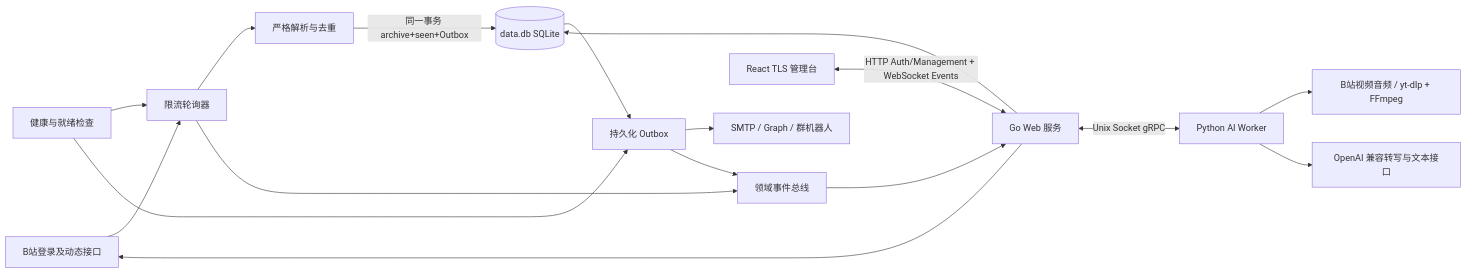
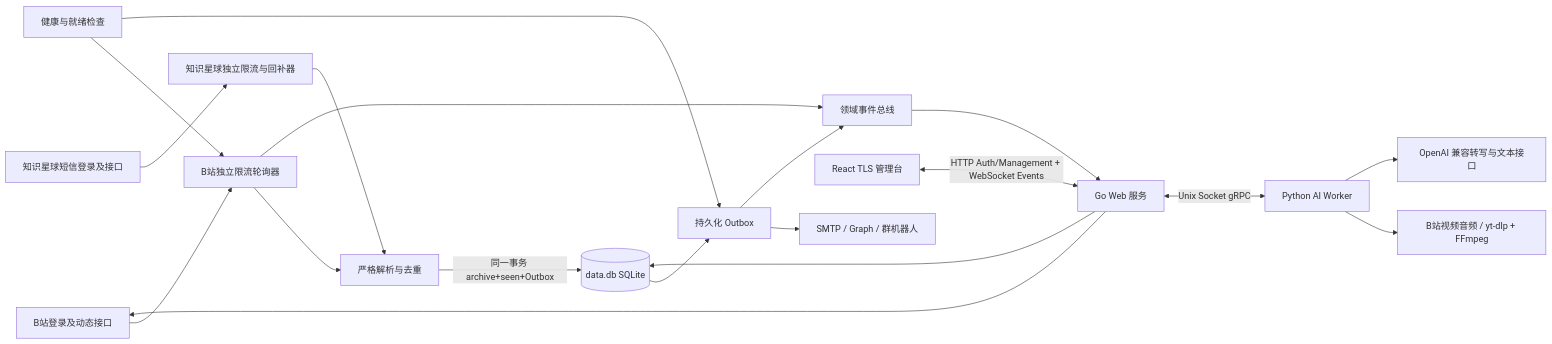
The diagram in docs/requirements-and-design.md (linxin2429/bili_notify), drawn with Mermaid before and after one commit. The commit also changed other lines of this file and 106 other files, not shown here.

````diff
--- a/docs/requirements-and-design.md
+++ b/docs/requirements-and-design.md
@@ -21,19 +21,21 @@
 ```mermaid
 flowchart LR
-    B[B站登录及动态接口] --> C[限流轮询器]
+    B[B站登录及动态接口] --> C[B站独立限流轮询器]
+    Z[知识星球短信登录及接口] --> Q[知识星球独立限流与回补器]
     C --> P[严格解析与去重]
+    Q --> P
     P -->|同一事务 archive+seen+Outbox| S[(data.db SQLite)]
     S --> O[持久化 Outbox]
     O --> N[SMTP / Graph / 群机器人]
     A[React TLS 管理台] <-->|HTTP Auth/Management + WebSocket Events| W[Go Web 服务]
     W --> S
     W --> B
     E[领域事件总线] --> W
     C --> E
     O --> E
     H[健康与就绪检查] --> C
     H --> O
     W <-->|Unix Socket gRPC| AI[Python AI Worker]
     AI --> BD[B站视频音频 / yt-dlp + FFmpeg]
     AI --> OP[OpenAI 兼容转写与文本接口]
 ```
````
